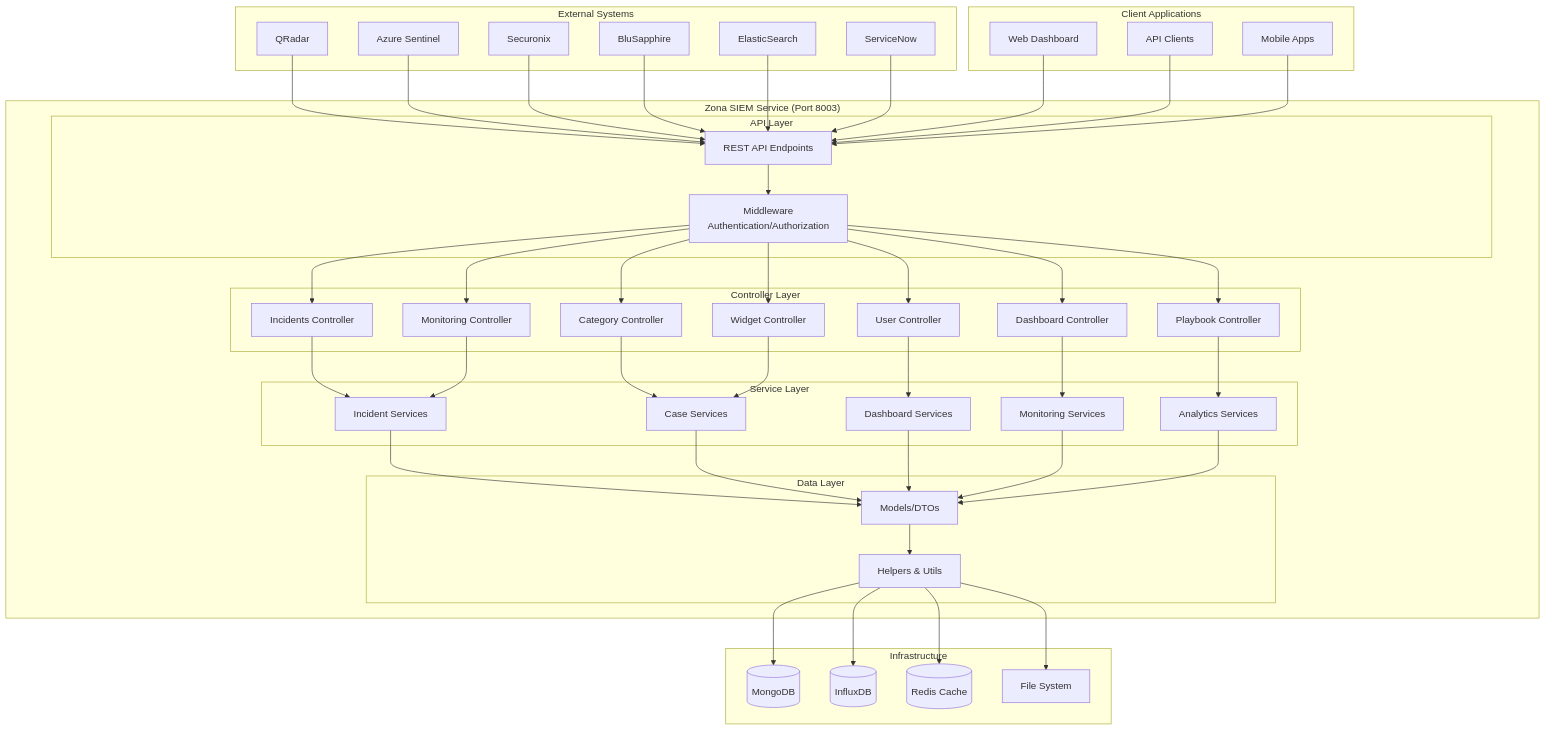
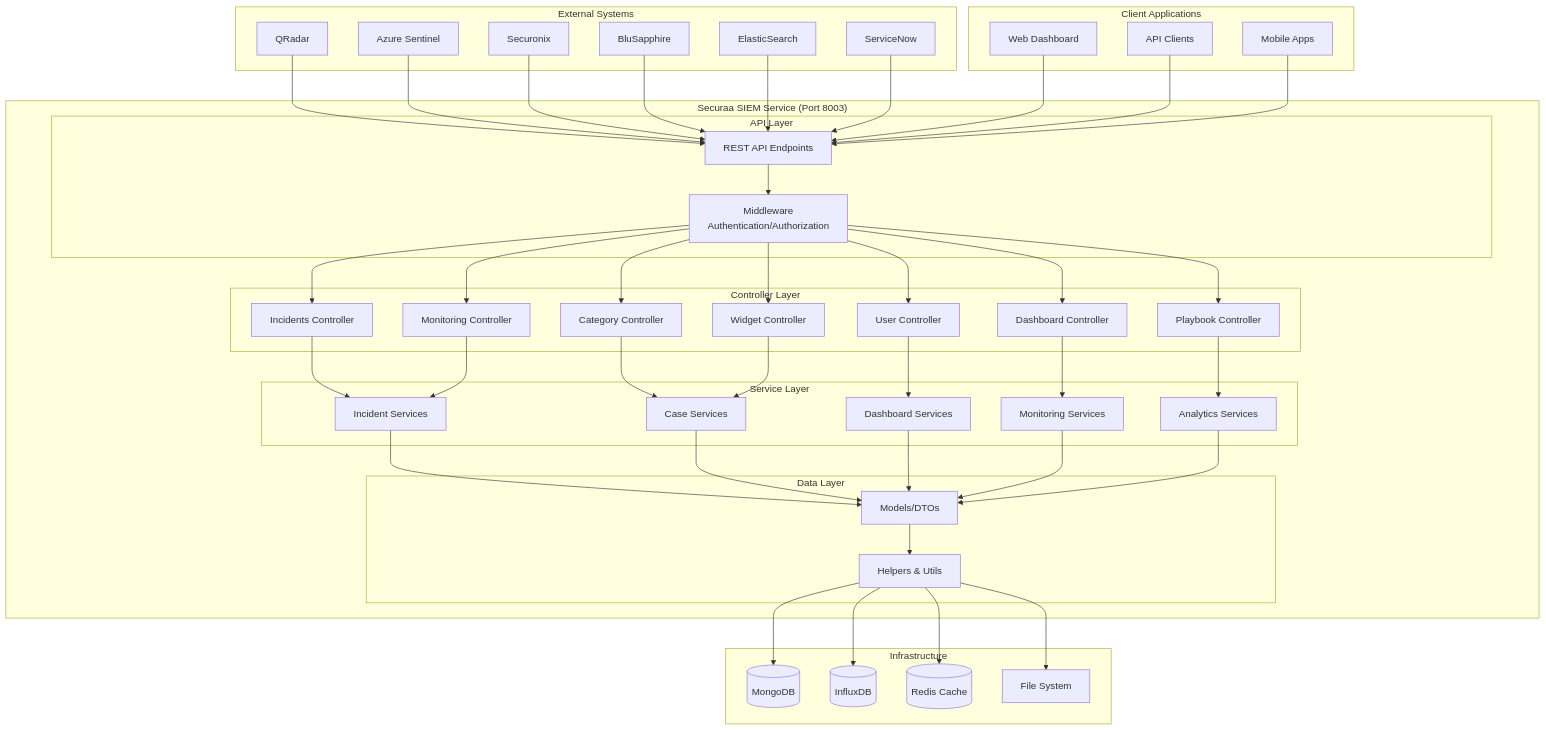
Before and after one commit to Vishwa0220/securaa-internal-documents: the first of 10 diagrams in ZONA_SIEM_HIGH_LEVEL_DESIGN.md, drawn with Mermaid. The commit also changed other lines of this file, not shown here.

Commit message:
Update ZONA_SIEM_HIGH_LEVEL_DESIGN.md: replace zona with securaa and reduce code block spacing

```diff
--- a/ZONA_SIEM_HIGH_LEVEL_DESIGN.md
+++ b/ZONA_SIEM_HIGH_LEVEL_DESIGN.md
@@ -18,13 +18,11 @@
         EXT5[ElasticSearch]
         EXT6[ServiceNow]
     end
-    
-    subgraph "Zona SIEM Service (Port 8003)"
+    subgraph "Securaa SIEM Service (Port 8003)"
         subgraph "API Layer"
             API[REST API Endpoints]
             MW[Middleware<br/>Authentication/Authorization]
         end
-        
         subgraph "Controller Layer"
             IC[Incidents Controller]
             CC[Category Controller]
@@ -34,7 +32,6 @@
             MC[Monitoring Controller]
             WC[Widget Controller]
         end
-        
         subgraph "Service Layer"
             IS[Incident Services]
             CS[Case Services]
@@ -42,37 +39,31 @@
             MS[Monitoring Services]
             AS[Analytics Services]
         end
-        
         subgraph "Data Layer"
             MOD[Models/DTOs]
             HELP[Helpers & Utils]
         end
     end
-    
     subgraph "Infrastructure"
         MONGO[(MongoDB)]
         INFLUX[(InfluxDB)]
         REDIS[(Redis Cache)]
         FILE[File System]
     end
-    
     subgraph "Client Applications"
         WEB[Web Dashboard]
         API_CLIENT[API Clients]
         MOBILE[Mobile Apps]
     end
-    
     EXT1 --> API
     EXT2 --> API
     EXT3 --> API
     EXT4 --> API
     EXT5 --> API
     EXT6 --> API
-    
     WEB --> API
     API_CLIENT --> API
     MOBILE --> API
-    
     API --> MW
     MW --> IC
     MW --> CC
@@ -81,7 +72,6 @@
     MW --> PC
     MW --> MC
     MW --> WC
-    
     IC --> IS
     CC --> CS
     UC --> DS
@@ -95,7 +85,6 @@
     DS --> MOD
     MS --> MOD
     AS --> MOD
-    
     MOD --> HELP
     HELP --> MONGO
     HELP --> INFLUX
```
